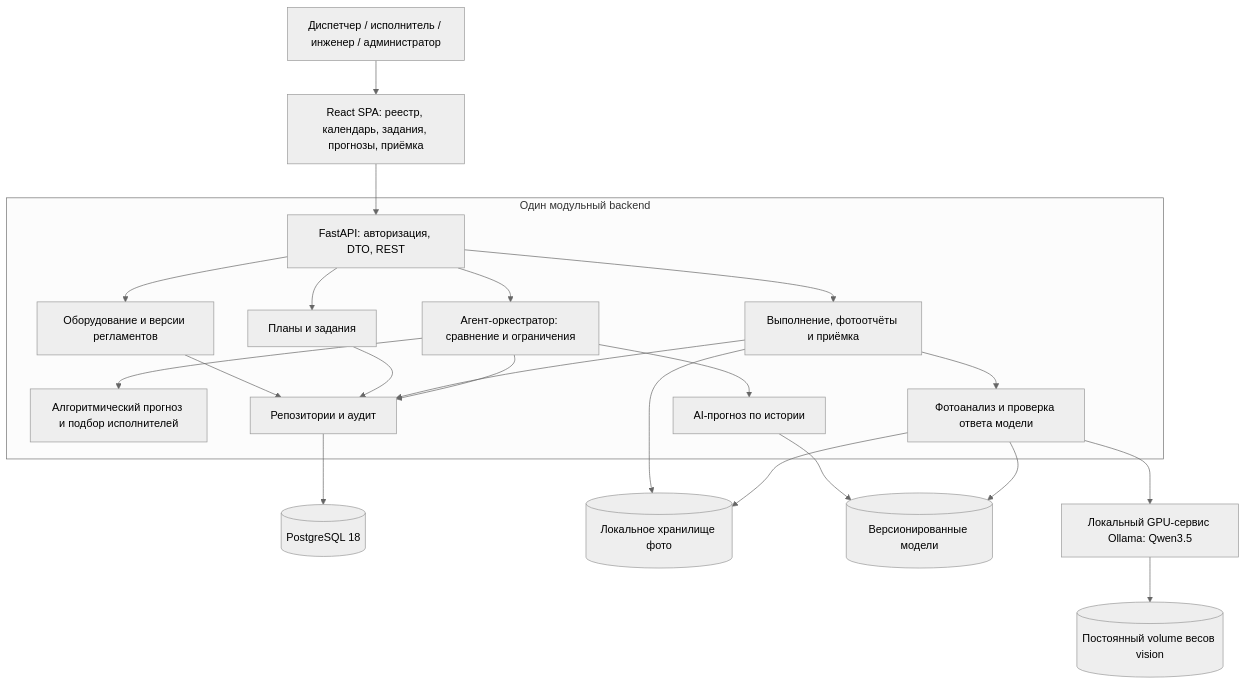
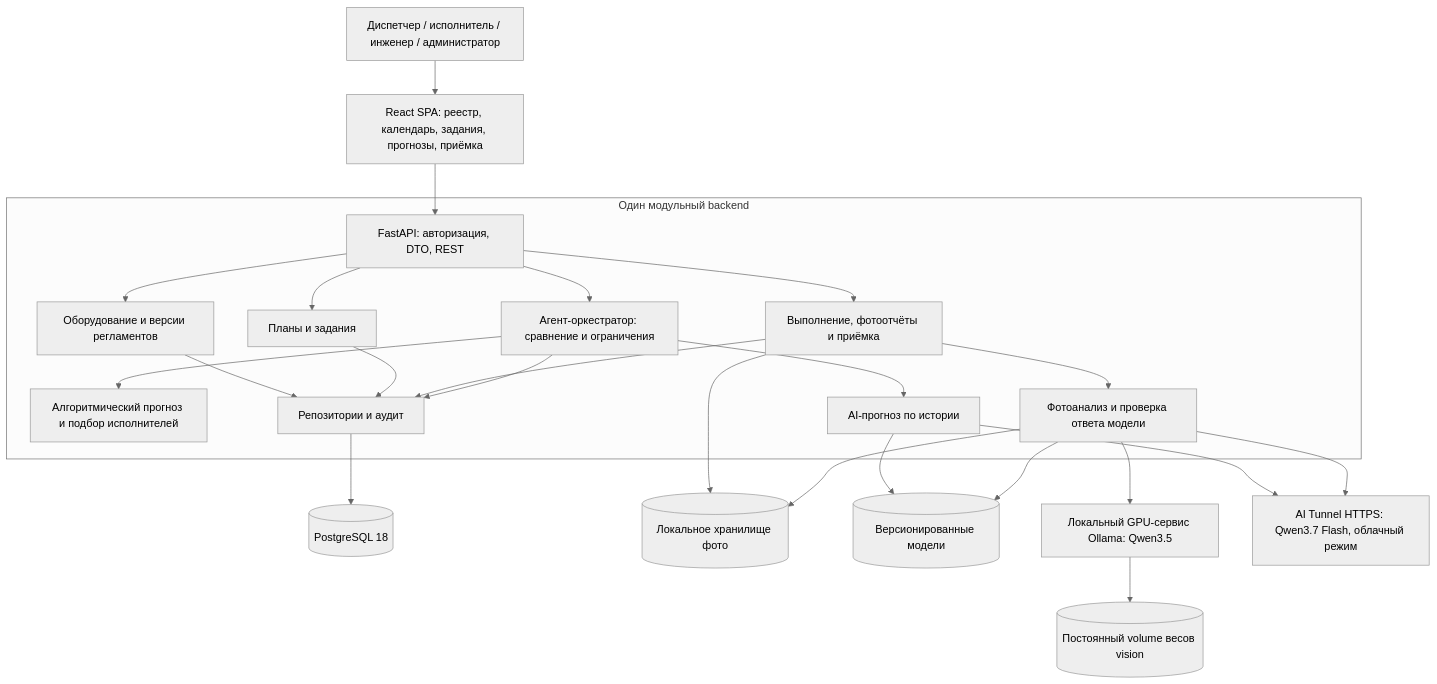
The diagram in docs/assets/architecture/system_architecture.mmd (Fir-White/FixRateAI), drawn with Mermaid (neutral theme) before and after one commit. The commit also changed 32 other files, not shown here.

Commit message:
feat: add AI Tunnel cloud analysis with Qwen3.7 Flash

```diff
--- a/docs/assets/architecture/system_architecture.mmd
+++ b/docs/assets/architecture/system_architecture.mmd
@@ -1,23 +1,25 @@
 flowchart TB
     U[Диспетчер / исполнитель / инженер / администратор] --> UI[React SPA: реестр, календарь, задания, прогнозы, приёмка]
     UI --> API[FastAPI: авторизация, DTO, REST]
     subgraph BE[Один модульный backend]
         API --> C[Оборудование и версии регламентов]
         API --> P[Планы и задания]
         API --> E[Выполнение, фотоотчёты и приёмка]
         API --> O[Агент-оркестратор: сравнение и ограничения]
         O --> A[Алгоритмический прогноз и подбор исполнителей]
         O --> F[AI-прогноз по истории]
         E --> V[Фотоанализ и проверка ответа модели]
         C --> R[Репозитории и аудит]
         P --> R
         E --> R
         O --> R
     end
     R --> DB[(PostgreSQL 18)]
     E --> PH[(Локальное хранилище фото)]
     V --> PH
     F --> M[(Версионированные модели)]
     V --> M
     V --> OLLAMA[Локальный GPU-сервис Ollama: Qwen3.5]
     OLLAMA --> VMODELS[(Постоянный volume весов vision)]
+    F --> AIT[AI Tunnel HTTPS: Qwen3.7 Flash, облачный режим]
+    V --> AIT
```
